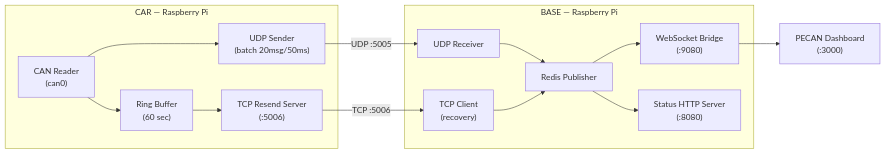
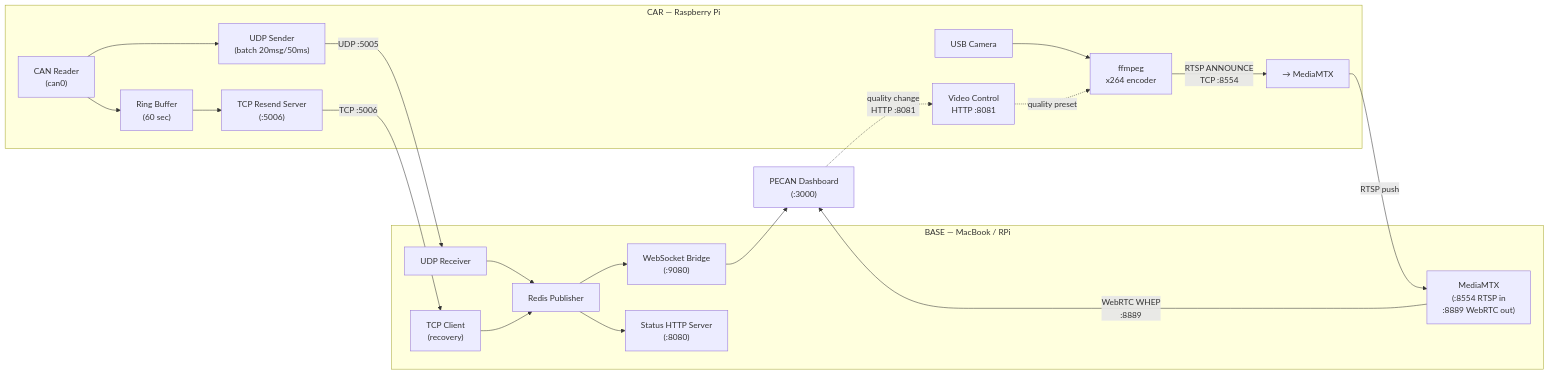
Before and after one commit to Western-Formula-Racing/data-acquisition: the diagram in universal-telemetry-software/README.md, drawn with Mermaid. The commit also changed other lines of this file and 11 other files, not shown here.

````diff
--- a/universal-telemetry-software/README.md
+++ b/universal-telemetry-software/README.md
@@ -9,19 +9,26 @@
 ```mermaid
 graph LR
   subgraph CAR["CAR — Raspberry Pi"]
     CAN["CAN Reader\n(can0)"] --> UDP["UDP Sender\n(batch 20msg/50ms)"]
     CAN --> RB["Ring Buffer\n(60 sec)"]
     RB --> TCP_S["TCP Resend Server\n(:5006)"]
+    CAM["USB Camera"] --> FFMPEG["ffmpeg\nx264 encoder"]
+    FFMPEG -- "RTSP ANNOUNCE\nTCP :8554" --> MTX_PUSH["→ MediaMTX"]
+    CTRL["Video Control\nHTTP :8081"] -. "quality preset" .-> FFMPEG
   end
 
-  subgraph BASE["BASE — Raspberry Pi"]
+  subgraph BASE["BASE — MacBook / RPi"]
     UDP_R["UDP Receiver"] --> Redis["Redis Publisher"]
     Redis --> WS["WebSocket Bridge\n(:9080)"]
     Redis --> STATUS["Status HTTP Server\n(:8080)"]
     TCP_C["TCP Client\n(recovery)"] --> Redis
+    MTX["MediaMTX\n(:8554 RTSP in\n:8889 WebRTC out)"]
   end
 
   UDP -- "UDP :5005" --> UDP_R
   TCP_S -- "TCP :5006" --> TCP_C
+  MTX_PUSH -- "RTSP push" --> MTX
   WS --> PECAN["PECAN Dashboard\n(:3000)"]
+  MTX -- "WebRTC WHEP\n:8889" --> PECAN
+  PECAN -. "quality change\nHTTP :8081" .-> CTRL
 ```
````
